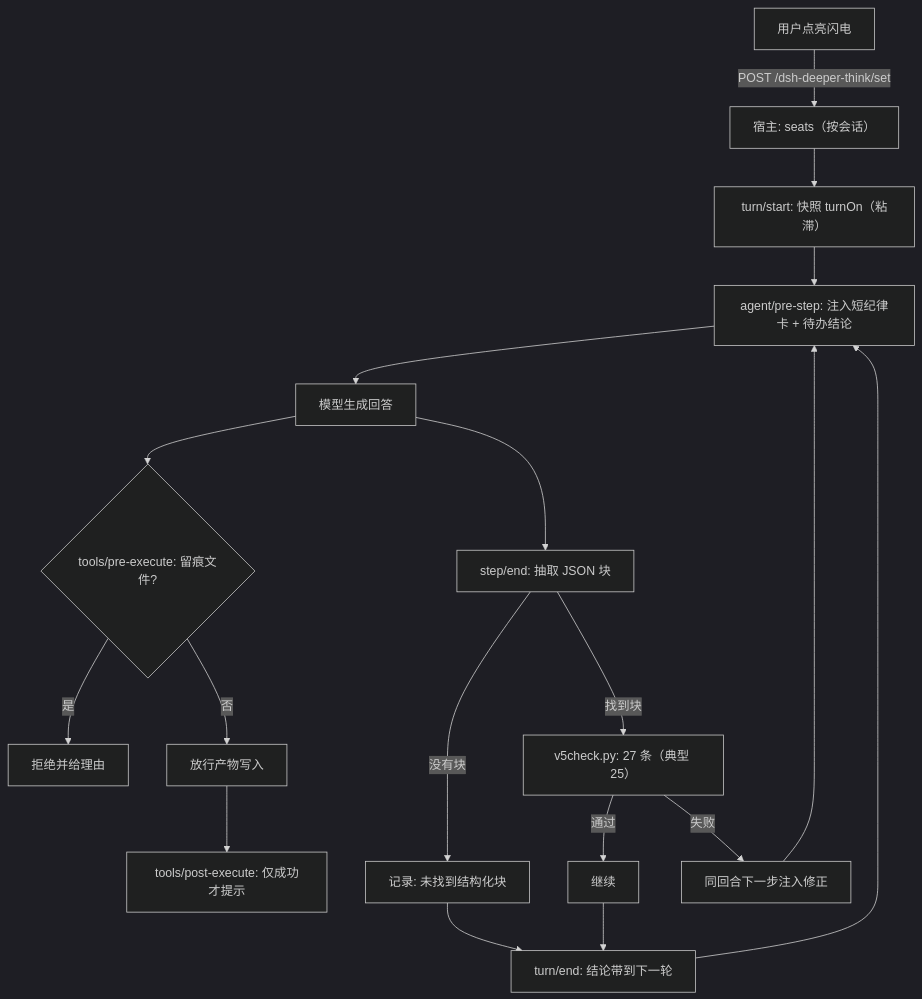
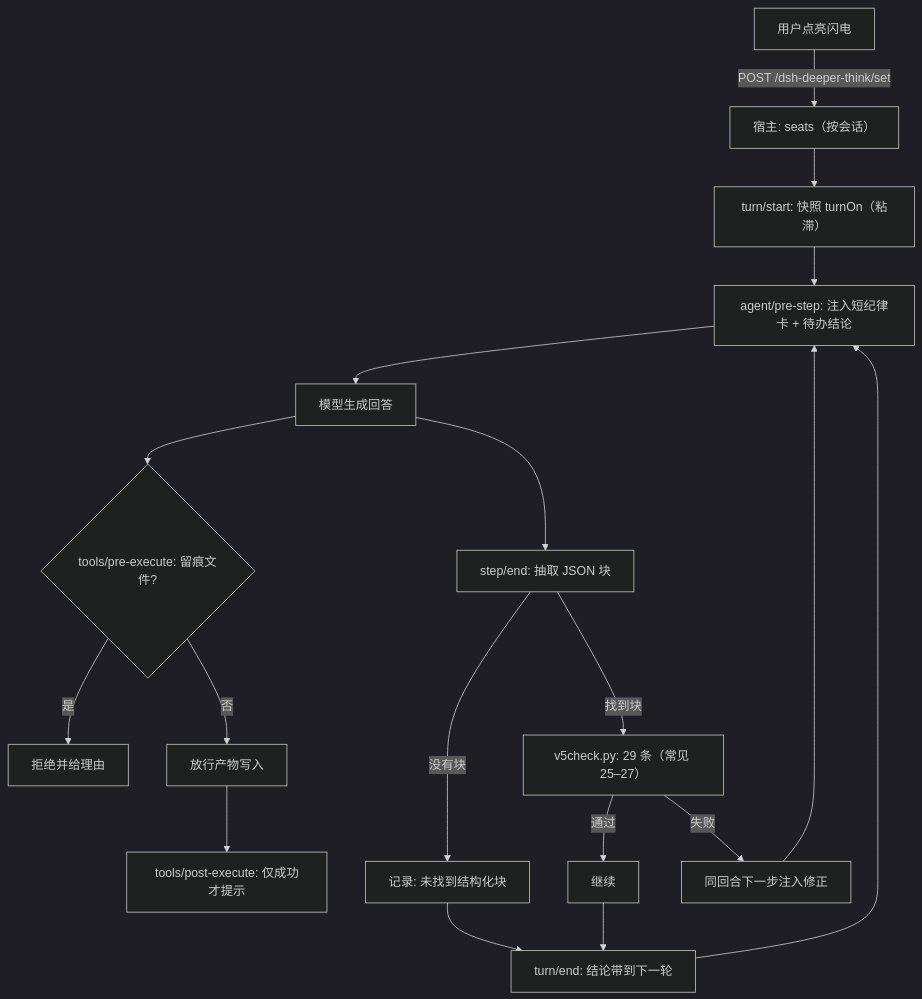
Before and after one commit to Voyager77Twt/dsh-deeper-think: the first of 2 diagrams in README.md, drawn with Mermaid (dark theme). The commit also changed other lines of this file and 13 other files, not shown here.

````diff
--- a/README.md
+++ b/README.md
@@ -34,20 +35,20 @@
 ```mermaid
 flowchart TD
   U["用户点亮闪电"] -->|"POST /dsh-deeper-think/set"| S["宿主: seats（按会话）"]
   S --> T["turn/start: 快照 turnOn（粘滞）"]
   T --> P["agent/pre-step: 注入短纪律卡 + 待办结论"]
   P --> M["模型生成回答"]
   M --> G{"tools/pre-execute: 留痕文件?"}
   G -->|"是"| D["拒绝并给理由"]
   G -->|"否"| W["放行产物写入"]
   W --> H["tools/post-execute: 仅成功才提示"]
   M --> E["step/end: 抽取 JSON 块"]
-  E -->|"找到块"| C["v5check.py: 27 条（典型 25）"]
+  E -->|"找到块"| C["v5check.py: 29 条（常见 25–27）"]
   E -->|"没有块"| R["记录: 未找到结构化块"]
   C -->|"通过"| OK["继续"]
   C -->|"失败"| X["同回合下一步注入修正"]
   X --> P
   R --> Z["turn/end: 结论带到下一轮"]
   OK --> Z
   Z --> P
 ```
````
